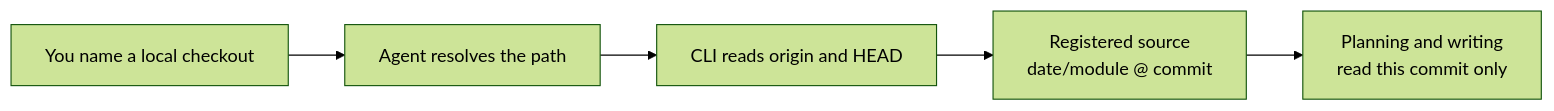
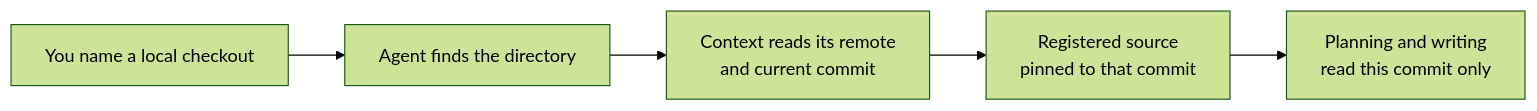
Before and after one commit to context4ai/portal: the diagram in knowledge/sop/registering-sources/code-repositories.md, drawn with Mermaid (forest theme). The commit also changed other lines of this file and 129 other files, not shown here.

````diff
--- a/knowledge/sop/registering-sources/code-repositories.md
+++ b/knowledge/sop/registering-sources/code-repositories.md
@@ -13,7 +14,7 @@
 ```mermaid
 flowchart LR
-  you["You name a local checkout"] --> agent["Agent resolves the path"]
-  agent --> cli["CLI reads origin and HEAD"]
-  cli --> reg["Registered source<br/>date/module @ commit"]
+  you["You name a local checkout"] --> agent["Agent finds the directory"]
+  agent --> ctx["Context reads its remote<br/>and current commit"]
+  ctx --> reg["Registered source<br/>pinned to that commit"]
   reg --> plan["Planning and writing<br/>read this commit only"]
 ```
````
